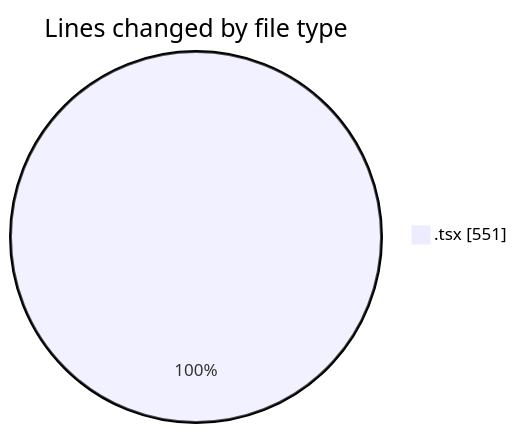
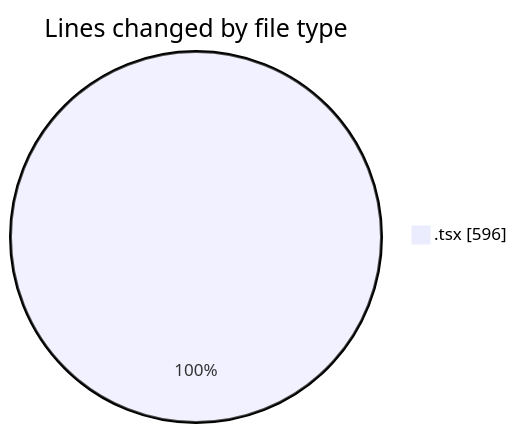
The first of 2 diagrams in 2026-02-02/nxtqube_webapp/README.md (nxtqubesakshisongat/code-tracking), drawn with Mermaid before and after one commit. The commit also changed other lines of this file and 1 other file, not shown here.

````diff
--- a/2026-02-02/nxtqube_webapp/README.md
+++ b/2026-02-02/nxtqube_webapp/README.md
@@ -20,5 +20,5 @@
 ```mermaid
 pie showData
 title Lines changed by file type
-".tsx" : 551
+".tsx" : 596
 ```
````
